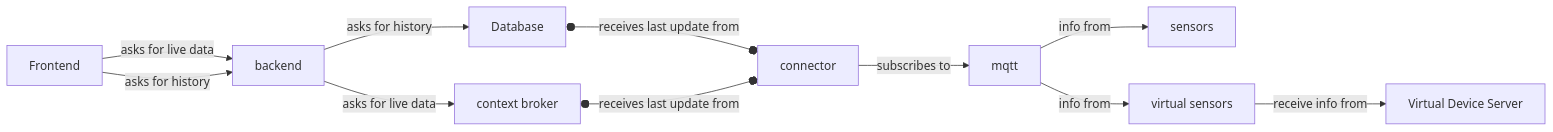
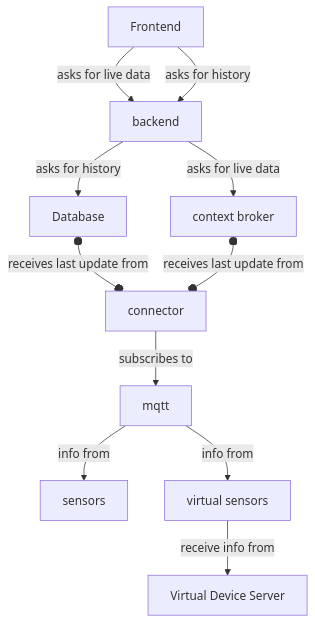
The second of 2 diagrams in docs/documentation/mqtt-broker-useful-new-message.md (nikolasfil/IOT-Project-2023), drawn with Mermaid before and after one commit. The commit also changed other lines of this file and 5 other files, not shown here.

````diff
--- a/docs/documentation/mqtt-broker-useful-new-message.md
+++ b/docs/documentation/mqtt-broker-useful-new-message.md
@@ -84,27 +85,27 @@
 ```mermaid
-graph LR
+graph TB
 sen["sensors"]
 vsen["virtual sensors"]
 mq["mqtt"]
 con["connector"]
 conx["context broker"]
 bac["backend"]
 db["Database"]
 fr["Frontend"]
 server["Virtual Device Server"]
 
 fr --"asks for live data" --> bac
 fr --"asks for history" --> bac
 bac --"asks for live data " --> conx
 bac --"asks for history" --> db
 
 db & conx o--"receives last update from " --o con
 
 con --"subscribes to " --> mq
 mq -- "info from" --> sen
 mq -- "info from" --> vsen
 
 vsen --"receive info from" --> server
 
 
 ```
````
